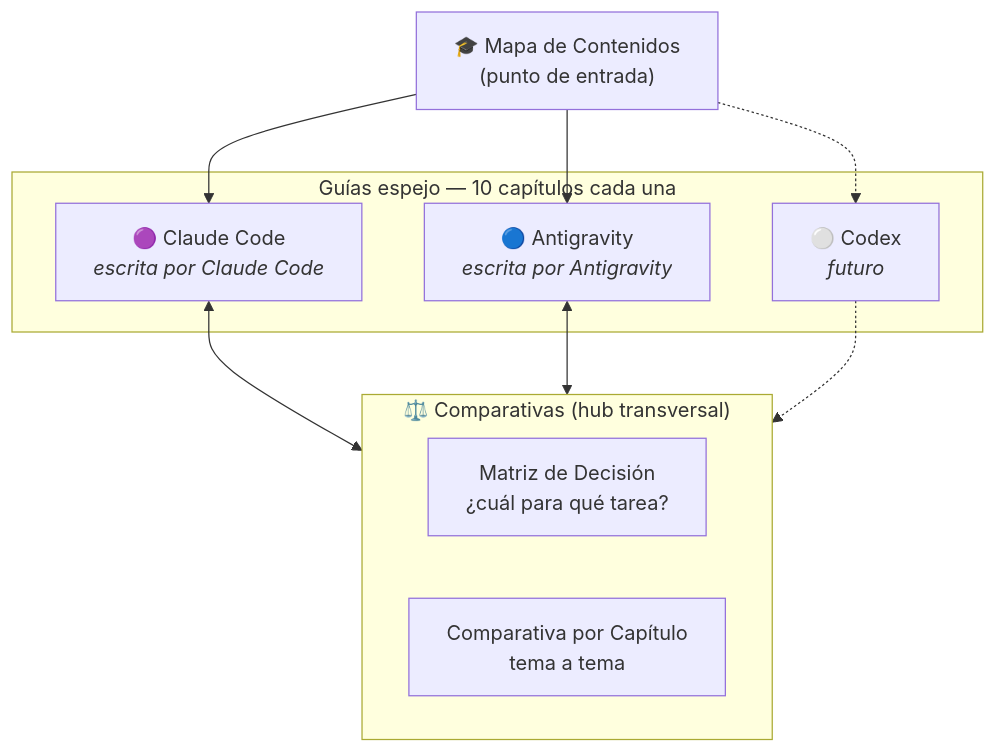
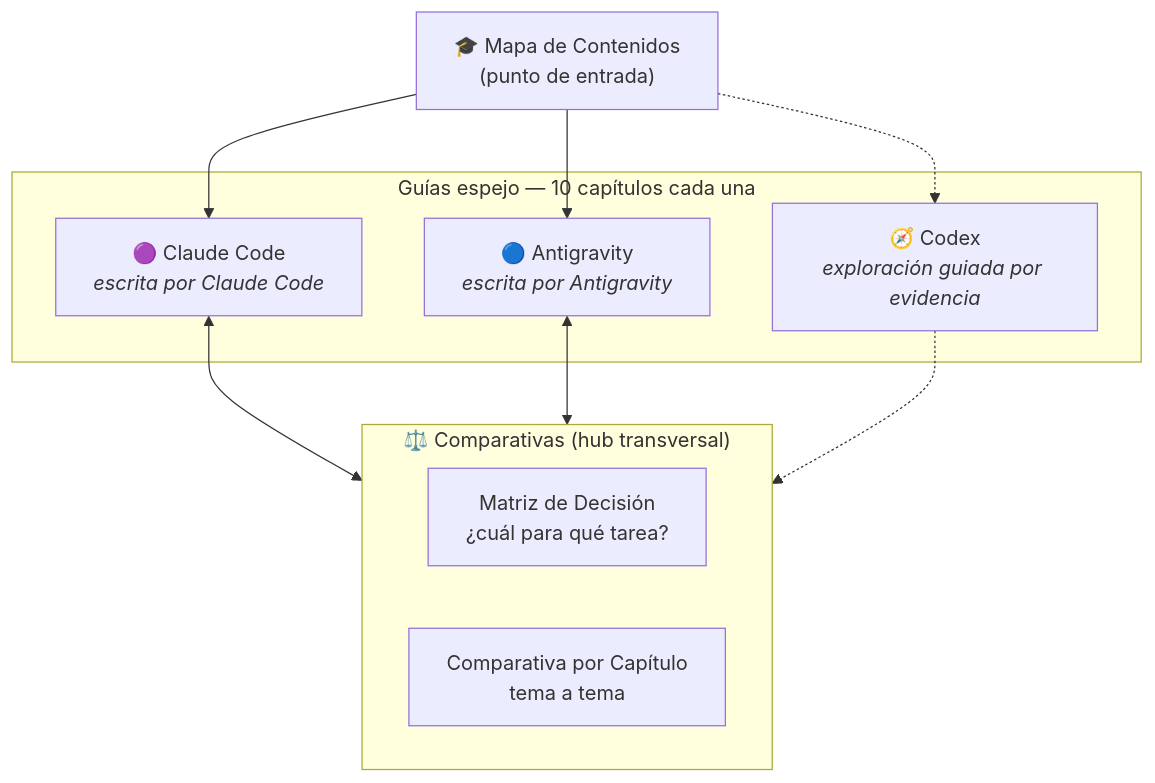
One commit to AlanMisnaza/masterclass-IA-agentica changed the first of 2 diagrams in README.md. Above: the diagram before and after it, drawn with Mermaid. The commit also changed other lines of this file and 6 other files, not shown here.

First line of the commit message:
docs(codex): arrancar la exploración de Codex guiada por evidencia

````diff
--- a/README.md
+++ b/README.md
@@ -17,19 +17,19 @@
 ```mermaid
 flowchart TB
     MAPA["🎓 Mapa de Contenidos<br/>(punto de entrada)"]
     subgraph GUIAS["Guías espejo — 10 capítulos cada una"]
         CC["🟣 Claude Code<br/><i>escrita por Claude Code</i>"]
         AG["🔵 Antigravity<br/><i>escrita por Antigravity</i>"]
-        CX["⚪ Codex<br/><i>futuro</i>"]
+    CX["🧭 Codex<br/><i>exploración guiada por evidencia</i>"]
     end
     subgraph HUB["⚖️ Comparativas (hub transversal)"]
         MD["Matriz de Decisión<br/>¿cuál para qué tarea?"]
         CPC["Comparativa por Capítulo<br/>tema a tema"]
     end
     MAPA --> CC
     MAPA --> AG
     MAPA -.-> CX
     CC <--> HUB
     AG <--> HUB
     CX -.-> HUB
 ```
````
